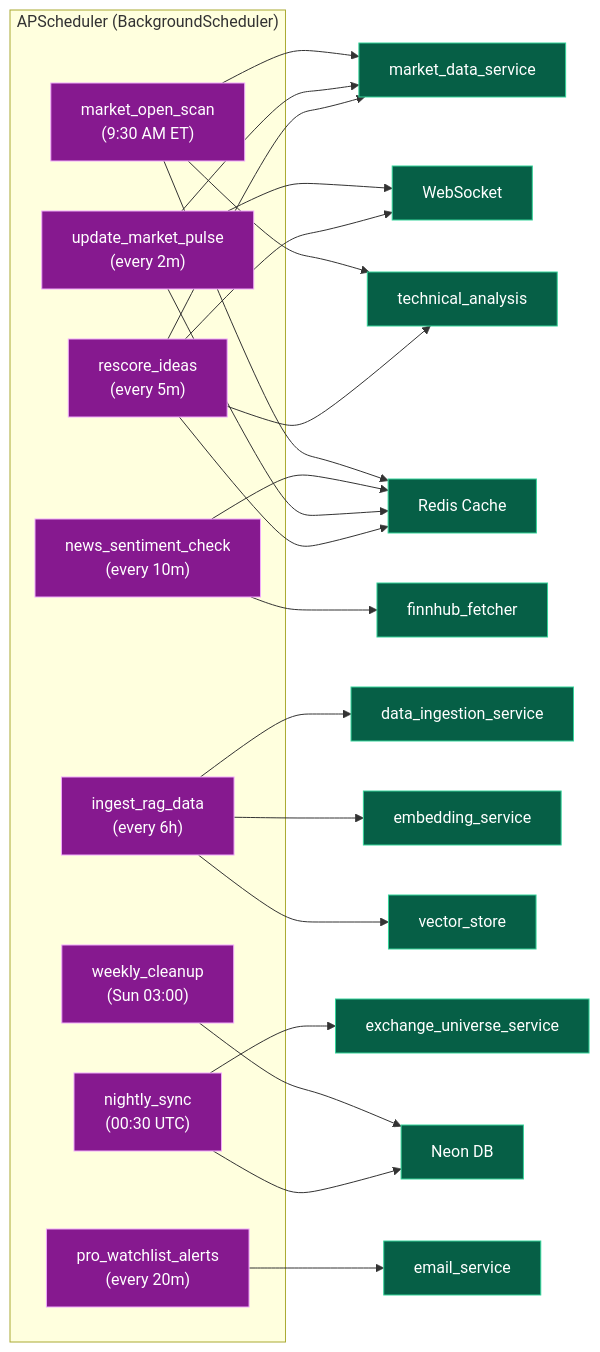
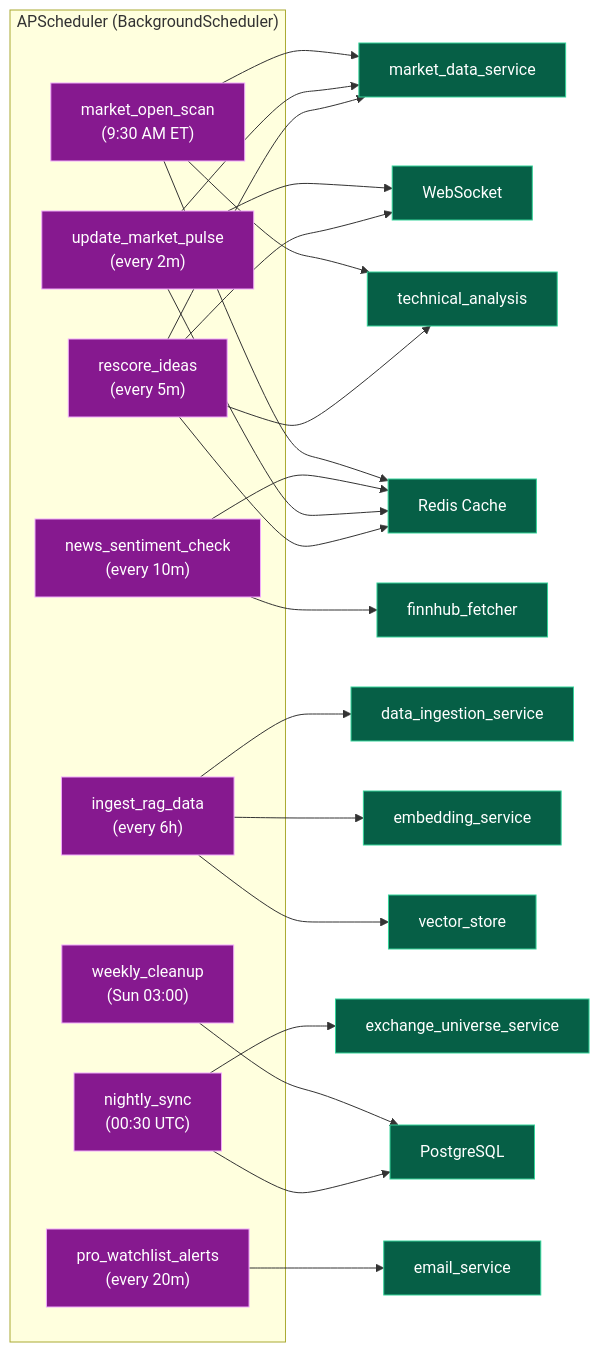
The ninth of 12 diagrams in README.md (YashJoshi2109/QuantTrade-AI), drawn with Mermaid before and after one commit. The commit also changed other lines of this file and 175 other files, not shown here.

````diff
--- a/README.md
+++ b/README.md
@@ -713,28 +713,28 @@
 ```mermaid
 flowchart LR
     subgraph APScheduler ["APScheduler (BackgroundScheduler)"]
         J1["rescore_ideas\n(every 5m)"]
         J2["update_market_pulse\n(every 2m)"]
         J3["news_sentiment_check\n(every 10m)"]
         J4["market_open_scan\n(9:30 AM ET)"]
         J5["ingest_rag_data\n(every 6h)"]
         J6["nightly_sync\n(00:30 UTC)"]
         J7["weekly_cleanup\n(Sun 03:00)"]
         J8["pro_watchlist_alerts\n(every 20m)"]
     end
 
     J1 --> MDS["market_data_service"] & TAS["technical_analysis"] & Redis["Redis Cache"] & WSM["WebSocket"]
     J2 --> MDS & Redis & WSM
     J3 --> Finn["finnhub_fetcher"] & Redis
     J4 --> MDS & TAS & Redis
     J5 --> Ingest["data_ingestion_service"] & Embed["embedding_service"] & VS["vector_store"]
-    J6 --> ExchSvc["exchange_universe_service"] & DB["Neon DB"]
+    J6 --> ExchSvc["exchange_universe_service"] & DB["PostgreSQL"]
     J7 --> DB
     J8 --> Email["email_service"]
 
     classDef job fill:#86198f,stroke:#f0abfc,color:#fff
     classDef svc fill:#065f46,stroke:#34d399,color:#fff
 
     class J1,J2,J3,J4,J5,J6,J7,J8 job
     class MDS,TAS,Redis,WSM,Finn,Ingest,Embed,VS,ExchSvc,DB,Email svc
 ```
````
